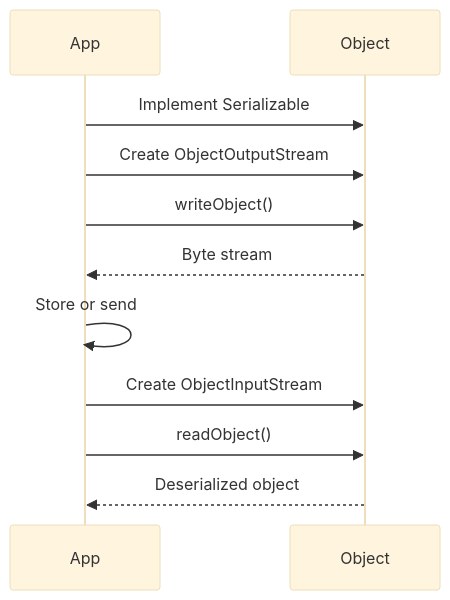
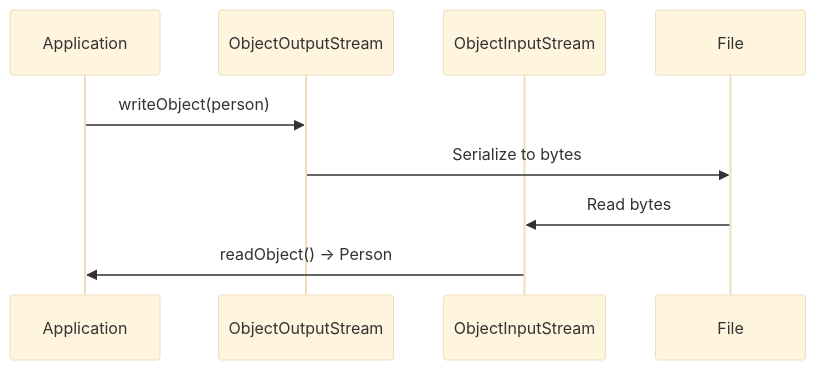
Before and after one commit to VrushankPatel/interview-matters: the diagram in java/serialization-and-deserialization/README.md, drawn with Mermaid (base theme). The commit also changed other lines of this file and 7 other files, not shown here.

````diff
--- a/java/serialization-and-deserialization/README.md
+++ b/java/serialization-and-deserialization/README.md
@@ -85,13 +93,12 @@
 ```mermaid
 sequenceDiagram
-    participant App
-    participant Object
-    App->>Object: Implement Serializable
-    App->>Object: Create ObjectOutputStream
-    App->>Object: writeObject()
-    Object-->>App: Byte stream
-    App->>App: Store or send
-    App->>Object: Create ObjectInputStream
-    App->>Object: readObject()
-    Object-->>App: Deserialized object
+    participant App as Application
+    participant OOS as ObjectOutputStream
+    participant OIS as ObjectInputStream
+    participant File as File
+
+    App->>OOS: writeObject(person)
+    OOS->>File: Serialize to bytes
+    File->>OIS: Read bytes
+    OIS->>App: readObject() -> Person
 ```
````
